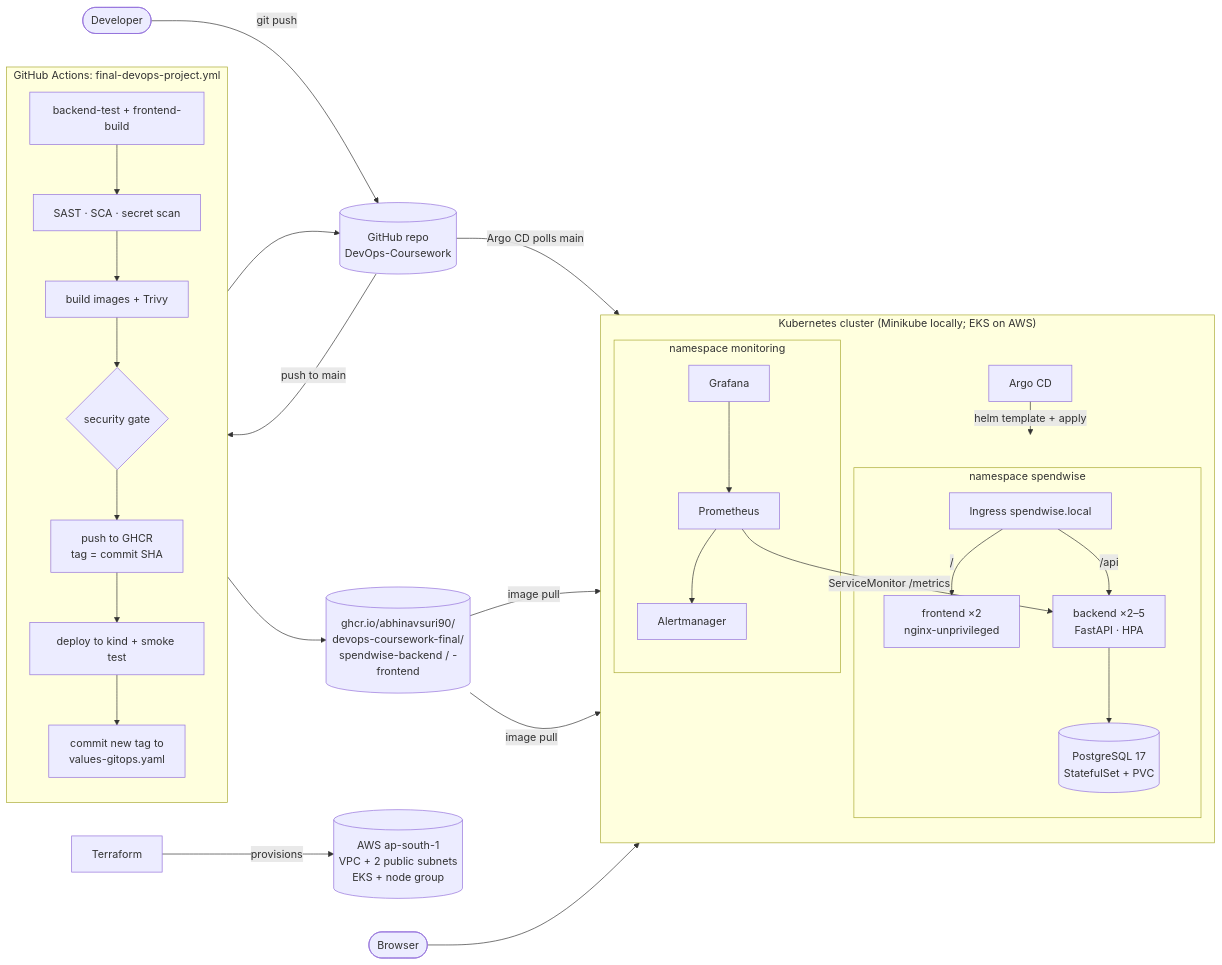
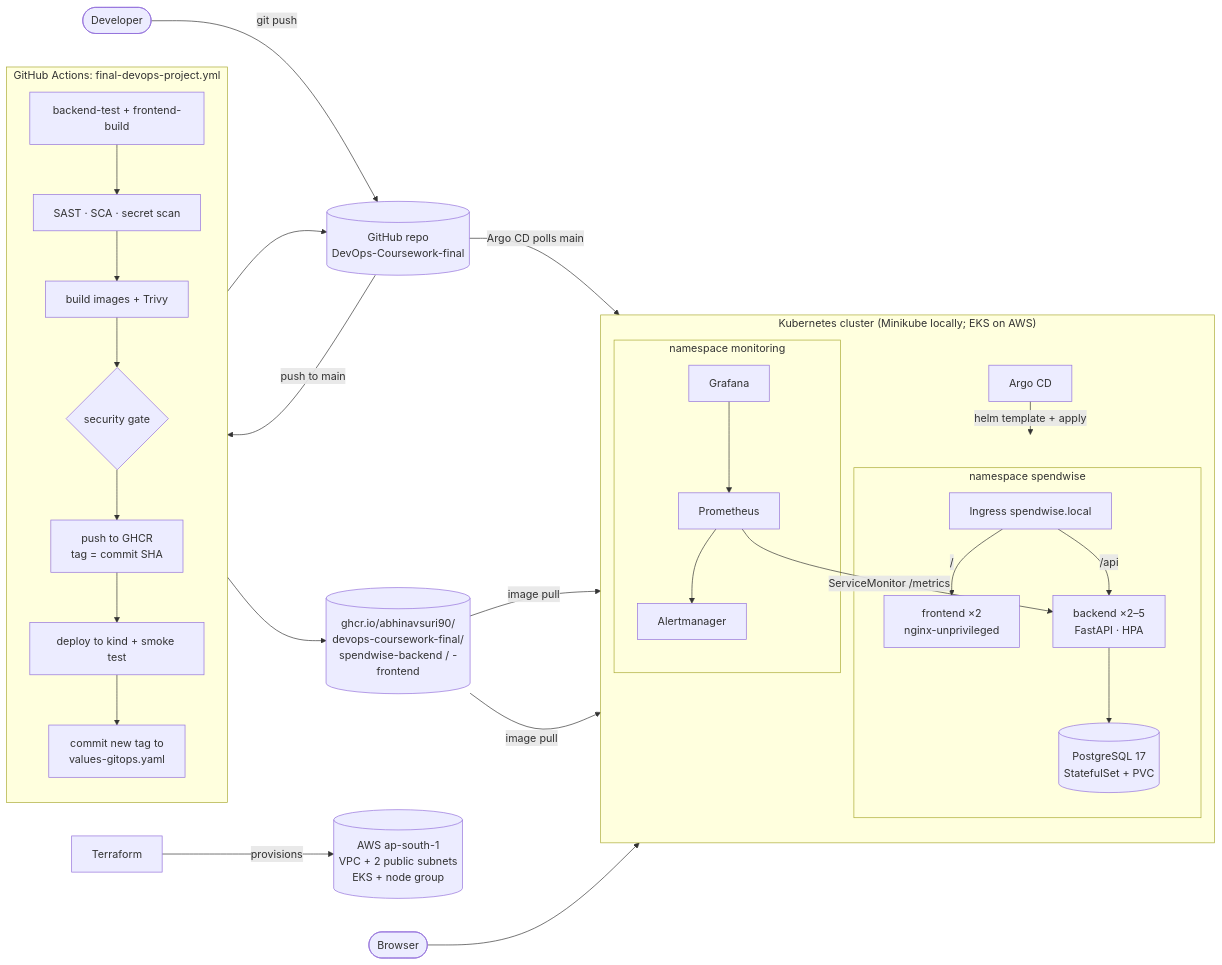
One commit to Abhinavsuri90/DevOps-Capstone changed the first of 3 diagrams in README.md. Above: the diagram before and after it, drawn with Mermaid. The commit also changed other lines of this file and 11 other files, not shown here.

````diff
--- a/README.md
+++ b/README.md
@@ -95,39 +95,39 @@
 ```mermaid
 flowchart LR
-    Dev([Developer]) -->|git push| Repo[(GitHub repo<br/>DevOps-Coursework)]
+    Dev([Developer]) -->|git push| Repo[(GitHub repo<br/>DevOps-Coursework-final)]
     Repo -->|push to main| CI
 
     subgraph CI["GitHub Actions: final-devops-project.yml"]
       direction TB
       T[backend-test + frontend-build] --> SEC[SAST · SCA · secret scan]
       SEC --> IMG[build images + Trivy]
       IMG --> GATE{security gate}
       GATE --> PUSH[push to GHCR<br/>tag = commit SHA]
       PUSH --> KIND[deploy to kind + smoke test]
       KIND --> BUMP[commit new tag to<br/>values-gitops.yaml]
     end
 
     PUSH --> GHCR[(ghcr.io/abhinavsuri90/<br/>devops-coursework-final/<br/>spendwise-backend / -frontend)]
     BUMP --> Repo
 
     subgraph K8s["Kubernetes cluster (Minikube locally; EKS on AWS)"]
       direction TB
       Argo[Argo CD] -->|helm template + apply| NS
       subgraph NS["namespace spendwise"]
         ING[Ingress spendwise.local] -->|/| FE[frontend ×2<br/>nginx-unprivileged]
         ING -->|/api| BE[backend ×2–5<br/>FastAPI · HPA]
         BE --> PG[(PostgreSQL 17<br/>StatefulSet + PVC)]
       end
       subgraph MON["namespace monitoring"]
         PROM[Prometheus] --> AM[Alertmanager]
         GRAF[Grafana] --> PROM
       end
       PROM -->|ServiceMonitor /metrics| BE
     end
 
     Repo -->|Argo CD polls main| Argo
     GHCR -->|image pull| BE
     GHCR -->|image pull| FE
     TF[Terraform] -->|provisions| AWS[(AWS ap-south-1<br/>VPC + 2 public subnets<br/>EKS + node group)]
     User([Browser]) --> ING
 ```
````
